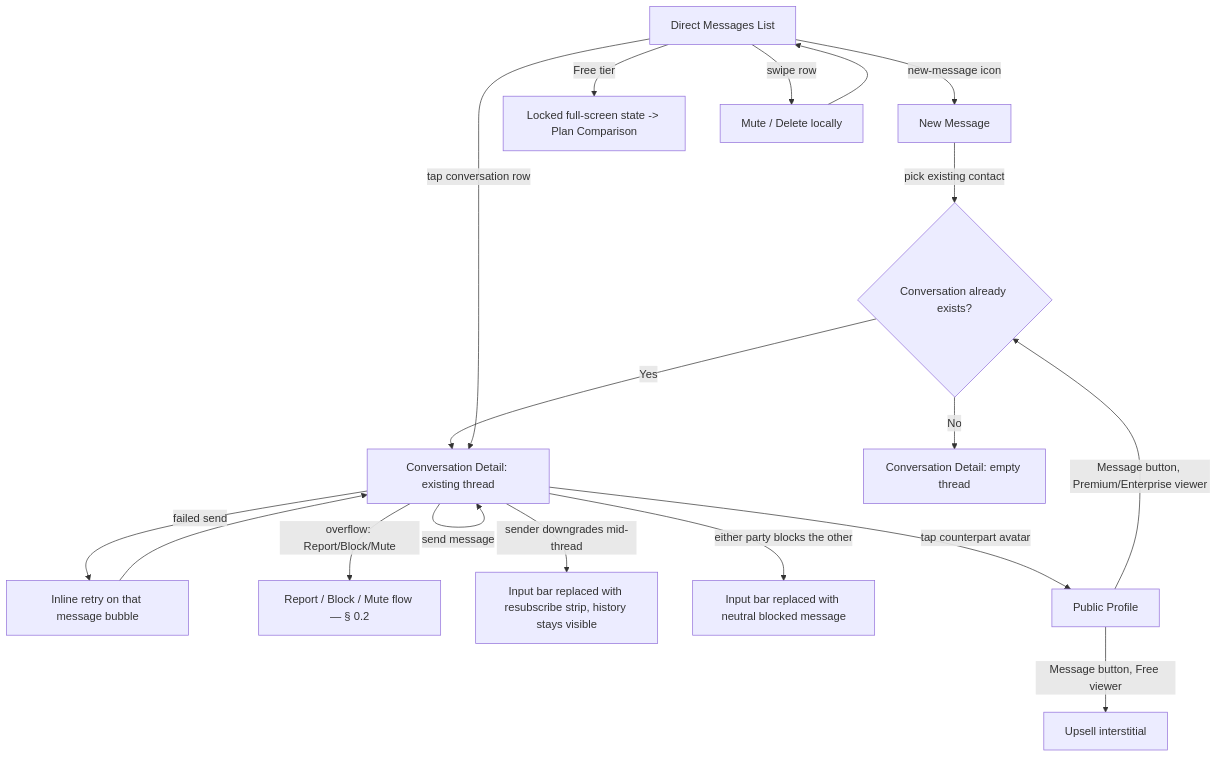
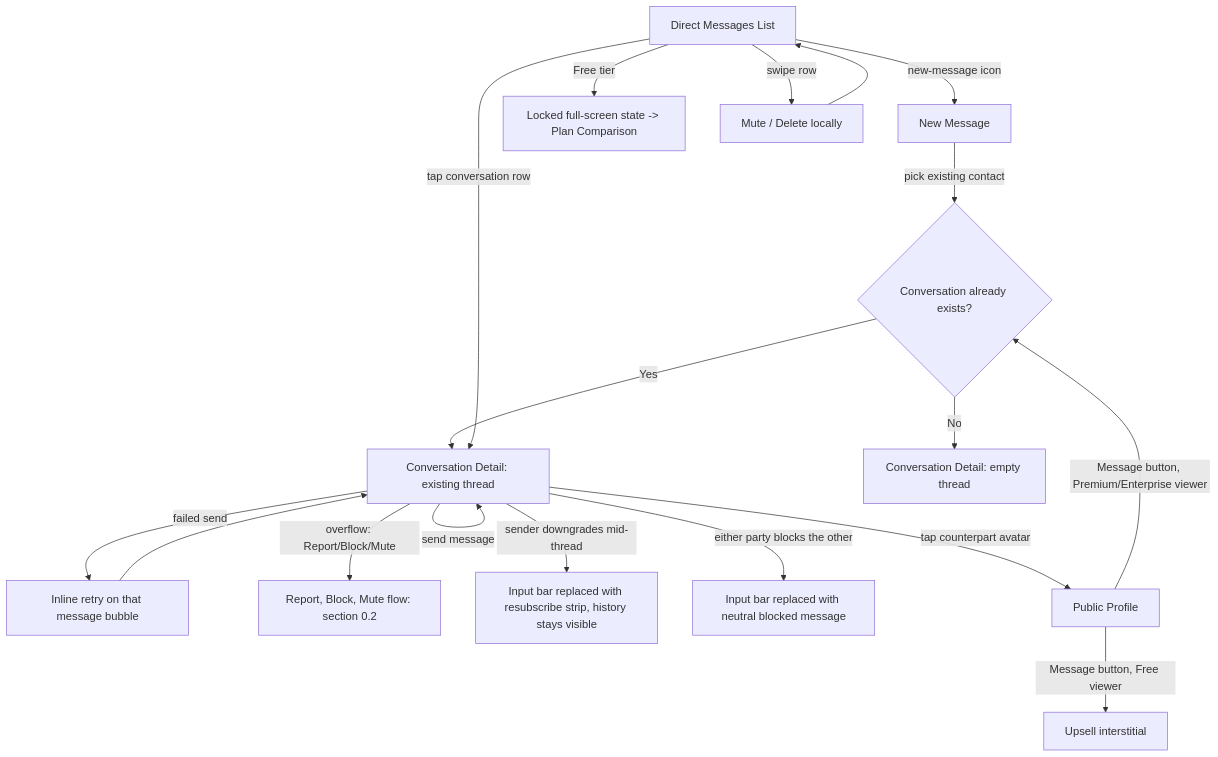
One commit to NK2552003/TradeX changed the tenth of 14 diagrams in docs_/03-design/SCREENS_AND_FLOWS.md. Above: the diagram before and after it, drawn with Mermaid. The commit also changed other lines of this file and 365 other files, not shown here.

````diff
--- a/docs_/03-design/SCREENS_AND_FLOWS.md
+++ b/docs_/03-design/SCREENS_AND_FLOWS.md
@@ -318,18 +317,18 @@
 ```mermaid
 flowchart TD
     A[Direct Messages List] -->|new-message icon| B[New Message]
     B -->|pick existing contact| C{Conversation already exists?}
     C -- Yes --> D[Conversation Detail: existing thread]
     C -- No --> E[Conversation Detail: empty thread]
     A -->|tap conversation row| D
     D -->|send message| D
     D -->|failed send| D2[Inline retry on that message bubble] --> D
     D -->|tap counterpart avatar| F[Public Profile]
     F -->|Message button, Premium/Enterprise viewer| C
     F -->|Message button, Free viewer| G[Upsell interstitial]
     A -->|Free tier| H[Locked full-screen state -> Plan Comparison]
     A -->|swipe row| Mute[Mute / Delete locally] --> A
-    D -->|overflow: Report/Block/Mute| RBM[Report / Block / Mute flow — § 0.2]
+    D -->|overflow: Report/Block/Mute| RBM[Report, Block, Mute flow: section 0.2]
     D -->|sender downgrades mid-thread| I[Input bar replaced with resubscribe strip, history stays visible]
     D -->|either party blocks the other| J[Input bar replaced with neutral blocked message]
 ```
````
